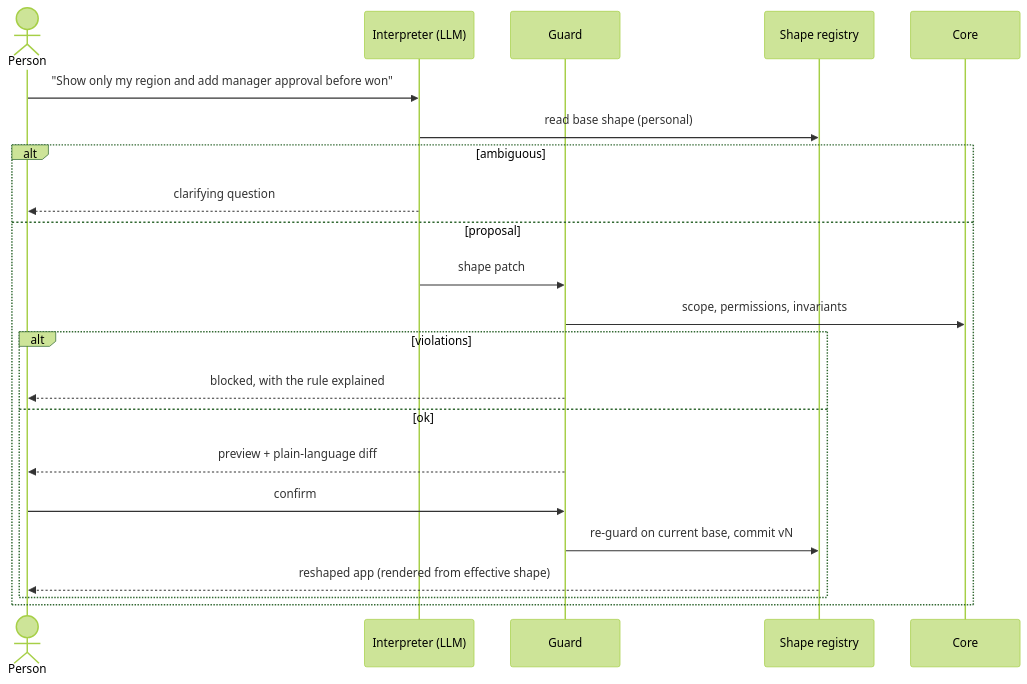
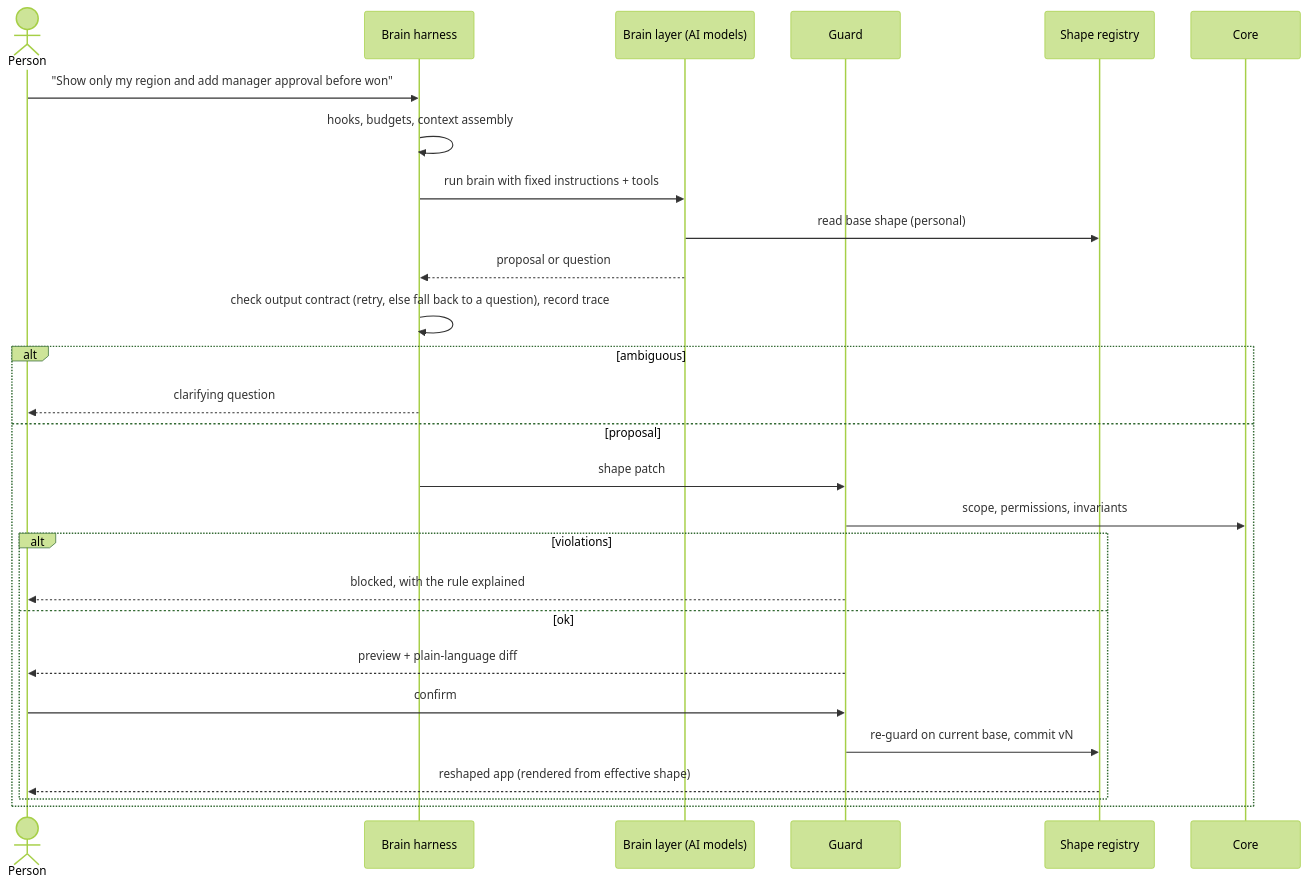
One commit to TriptoAfsin/shape-shifter changed the diagram in ARCHITECTURE.md. Above: the diagram before and after it, drawn with Mermaid (forest theme). The commit also changed other lines of this file and 25 other files, not shown here.

First line of the commit message:
feat: introduce brain harness for predictable AI model execution

````diff
--- a/ARCHITECTURE.md
+++ b/ARCHITECTURE.md
@@ -187,24 +261,29 @@
 ```mermaid
 sequenceDiagram
     actor U as Person
-    participant I as Interpreter (LLM)
+    participant H as Brain harness
+    participant I as Brain layer (AI models)
     participant G as Guard
     participant R as Shape registry
     participant C as Core
-    U->>I: "Show only my region and add manager approval before won"
+    U->>H: "Show only my region and add manager approval before won"
+    H->>H: hooks, budgets, context assembly
+    H->>I: run brain with fixed instructions + tools
     I->>R: read base shape (personal)
+    I-->>H: proposal or question
+    H->>H: check output contract (retry, else fall back to a question), record trace
     alt ambiguous
-        I-->>U: clarifying question
+        H-->>U: clarifying question
     else proposal
-        I->>G: shape patch
+        H->>G: shape patch
         G->>C: scope, permissions, invariants
         alt violations
             G-->>U: blocked, with the rule explained
         else ok
             G-->>U: preview + plain-language diff
             U->>G: confirm
             G->>R: re-guard on current base, commit vN
             R-->>U: reshaped app (rendered from effective shape)
         end
     end
 ```
````
